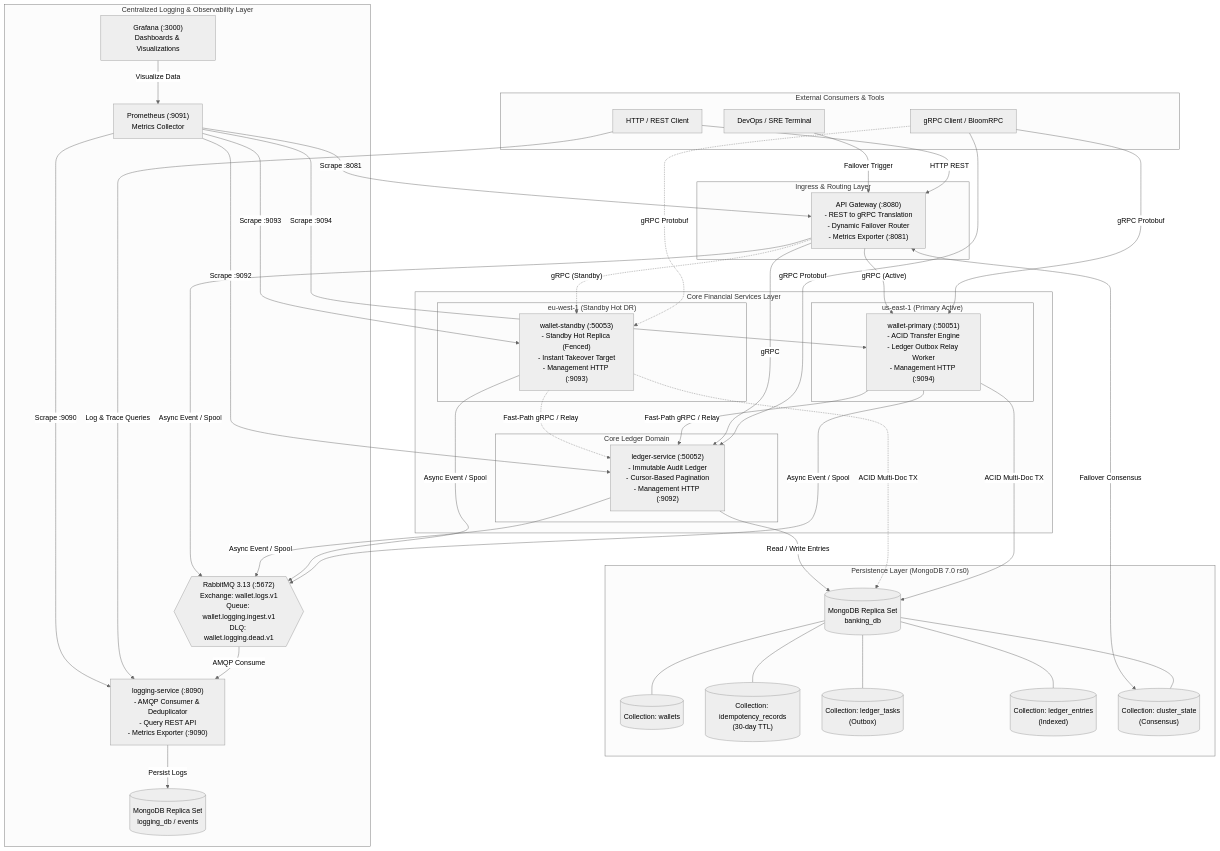
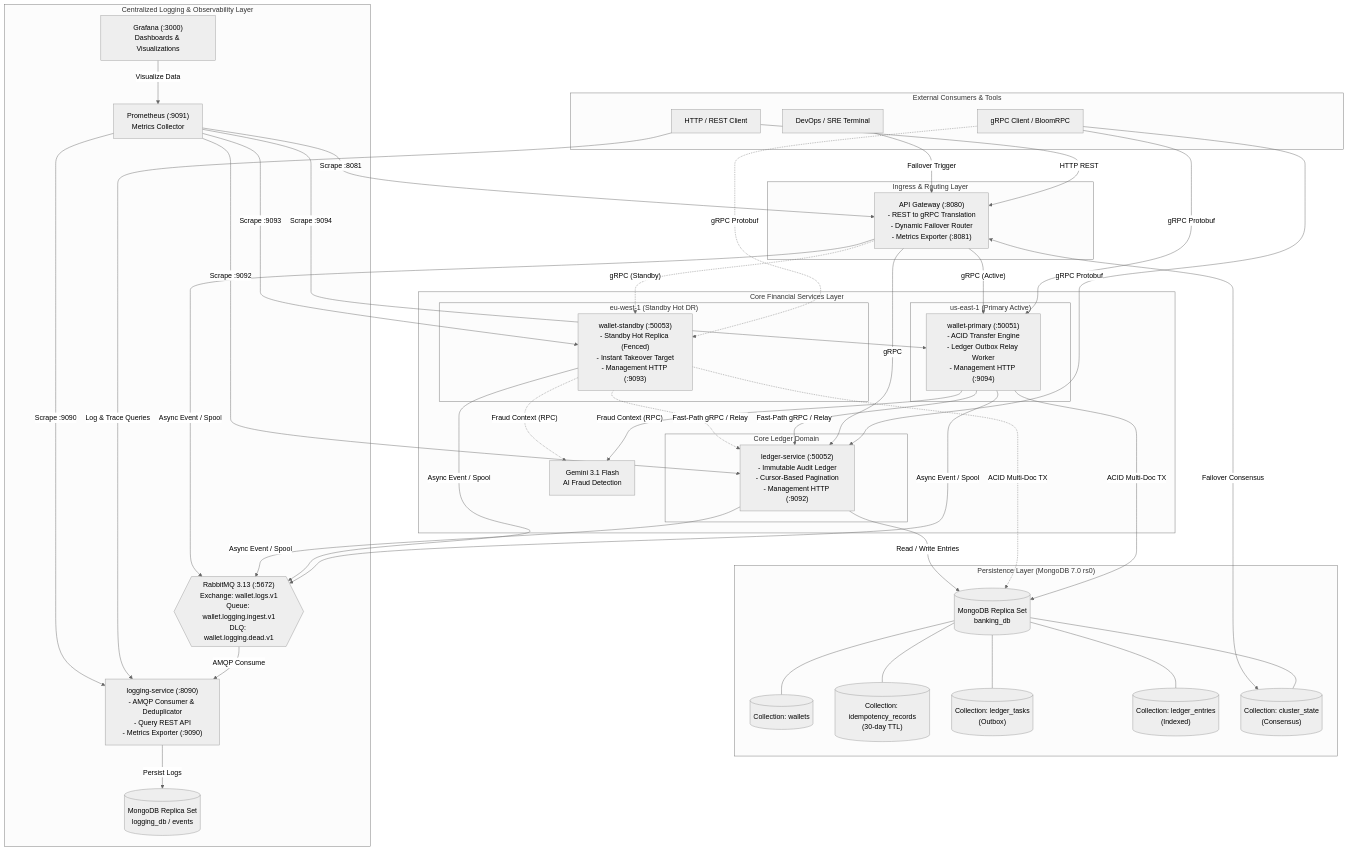
One commit to bkojha74/global-wallet-microservices changed the first of 7 diagrams in README.md. Above: the diagram before and after it, drawn with Mermaid (neutral theme). The commit also changed other lines of this file, not shown here.

Commit message:
docs: add AI nodes to mermaid diagrams and update sitemap

````diff
--- a/README.md
+++ b/README.md
@@ -131,79 +131,82 @@
 ```mermaid
 flowchart TB
     subgraph Clients["External Consumers & Tools"]
         REST[HTTP / REST Client]
         RPC[gRPC Client / BloomRPC]
         Ops[DevOps / SRE Terminal]
     end
 
     subgraph Ingress["Ingress & Routing Layer"]
         GW["API Gateway (:8080)<br/>- REST to gRPC Translation<br/>- Dynamic Failover Router<br/>- Metrics Exporter (:8081)"]
     end
 
     subgraph CoreServices["Core Financial Services Layer"]
         subgraph PrimaryRegion["us-east-1 (Primary Active)"]
             WP["wallet-primary (:50051)<br/>- ACID Transfer Engine<br/>- Ledger Outbox Relay Worker<br/>- Management HTTP (:9094)"]
         end
         subgraph StandbyRegion["eu-west-1 (Standby Hot DR)"]
             WS["wallet-standby (:50053)<br/>- Standby Hot Replica (Fenced)<br/>- Instant Takeover Target<br/>- Management HTTP (:9093)"]
         end
         subgraph CoreLedger["Core Ledger Domain"]
             LS["ledger-service (:50052)<br/>- Immutable Audit Ledger<br/>- Cursor-Based Pagination<br/>- Management HTTP (:9092)"]
         end
+        AI["Gemini 3.1 Flash<br/>AI Fraud Detection"]
     end
 
     subgraph Persistence["Persistence Layer (MongoDB 7.0 rs0)"]
         MDB[("MongoDB Replica Set<br/>banking_db")]
         MDB_W[("Collection: wallets")]
         MDB_I[("Collection: idempotency_records<br/>(30-day TTL)")]
         MDB_O[("Collection: ledger_tasks<br/>(Outbox)")]
         MDB_L[("Collection: ledger_entries<br/>(Indexed)")]
         MDB_C[("Collection: cluster_state<br/>(Consensus)")]
         MDB --- MDB_W
         MDB --- MDB_I
         MDB --- MDB_O
         MDB --- MDB_L
         MDB --- MDB_C
     end
 
     subgraph ObservabilityLayer["Centralized Logging & Observability Layer"]
         RMQ{{"RabbitMQ 3.13 (:5672)<br/>Exchange: wallet.logs.v1<br/>Queue: wallet.logging.ingest.v1<br/>DLQ: wallet.logging.dead.v1"}}
         LOG_SVC["logging-service (:8090)<br/>- AMQP Consumer & Deduplicator<br/>- Query REST API<br/>- Metrics Exporter (:9090)"]
         LOG_DB[("MongoDB Replica Set<br/>logging_db / events")]
         PROM["Prometheus (:9091)<br/>Metrics Collector"]
         GRAF["Grafana (:3000)<br/>Dashboards & Visualizations"]
     end
 
     REST -->|"HTTP REST"| GW
     RPC -->|"gRPC Protobuf"| WP
     RPC -.->|"gRPC Protobuf"| WS
     RPC -->|"gRPC Protobuf"| LS
     Ops -->|"Failover Trigger"| GW
 
     GW -->|"gRPC (Active)"| WP
     GW -.->|"gRPC (Standby)"| WS
     GW -->|"gRPC"| LS
     GW <-->|"Failover Consensus"| MDB_C
 
+    WP -->|"Fraud Context (RPC)"| AI
+    WS -.->|"Fraud Context (RPC)"| AI
     WP -->|"ACID Multi-Doc TX"| MDB
     WS -.->|"ACID Multi-Doc TX"| MDB
     WP -->|"Fast-Path gRPC / Relay"| LS
     WS -.->|"Fast-Path gRPC / Relay"| LS
     LS -->|"Read / Write Entries"| MDB
 
     WP -->|"Async Event / Spool"| RMQ
     WS -->|"Async Event / Spool"| RMQ
     LS -->|"Async Event / Spool"| RMQ
     GW -->|"Async Event / Spool"| RMQ
 
     RMQ -->|"AMQP Consume"| LOG_SVC
     LOG_SVC -->|"Persist Logs"| LOG_DB
     REST -->|"Log & Trace Queries"| LOG_SVC
 
     PROM -->|"Scrape :8081"| GW
     PROM -->|"Scrape :9094"| WP
     PROM -->|"Scrape :9093"| WS
     PROM -->|"Scrape :9092"| LS
     PROM -->|"Scrape :9090"| LOG_SVC
     GRAF -->|"Visualize Data"| PROM
 ```
````
